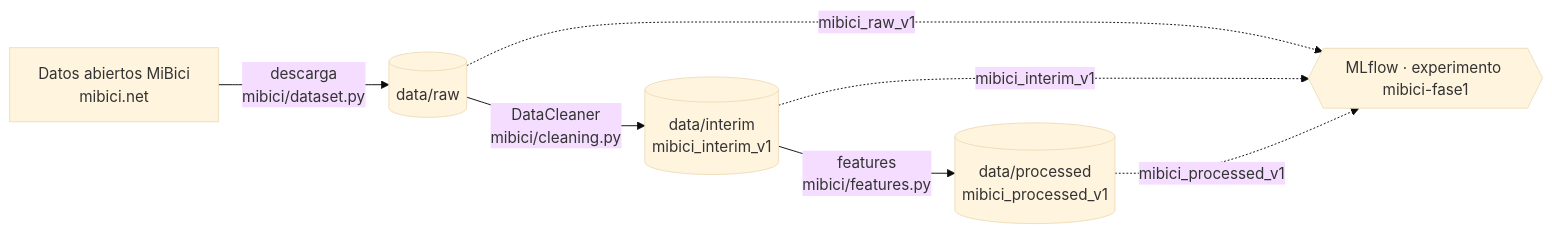
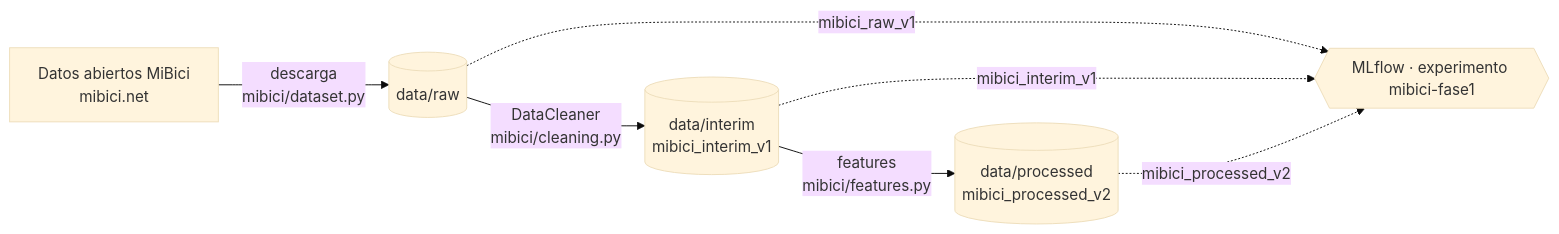
Before and after one commit to LUISG47/mibici-demand: the diagram in README.md, drawn with Mermaid (base theme).

Commit message:
docs: actualizar el diagrama del pipeline a mibici_processed_v2

````diff
--- a/README.md
+++ b/README.md
@@ -32,9 +32,9 @@
 ```mermaid
 flowchart LR
     A["Datos abiertos MiBici<br/>mibici.net"] -->|"descarga<br/>mibici/dataset.py"| B[("data/raw")]
     B -->|"DataCleaner<br/>mibici/cleaning.py"| C[("data/interim<br/>mibici_interim_v1")]
-    C -->|"features<br/>mibici/features.py"| D[("data/processed<br/>mibici_processed_v1")]
+    C -->|"features<br/>mibici/features.py"| D[("data/processed<br/>mibici_processed_v2")]
     B -.->|"mibici_raw_v1"| M{{"MLflow · experimento mibici-fase1"}}
     C -.->|"mibici_interim_v1"| M
-    D -.->|"mibici_processed_v1"| M
+    D -.->|"mibici_processed_v2"| M
 ```
````
